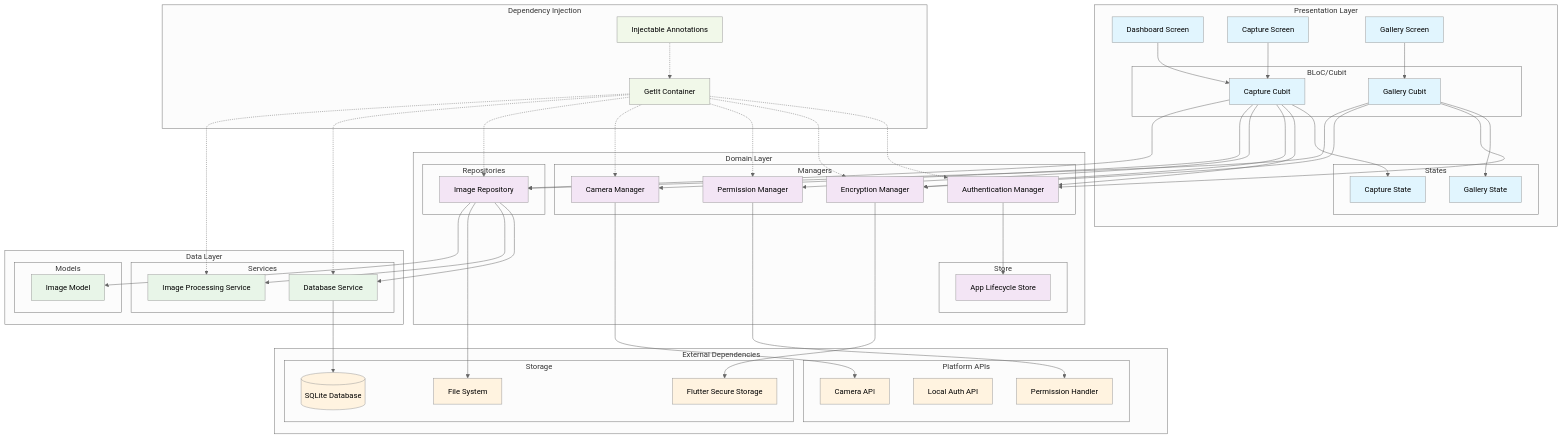
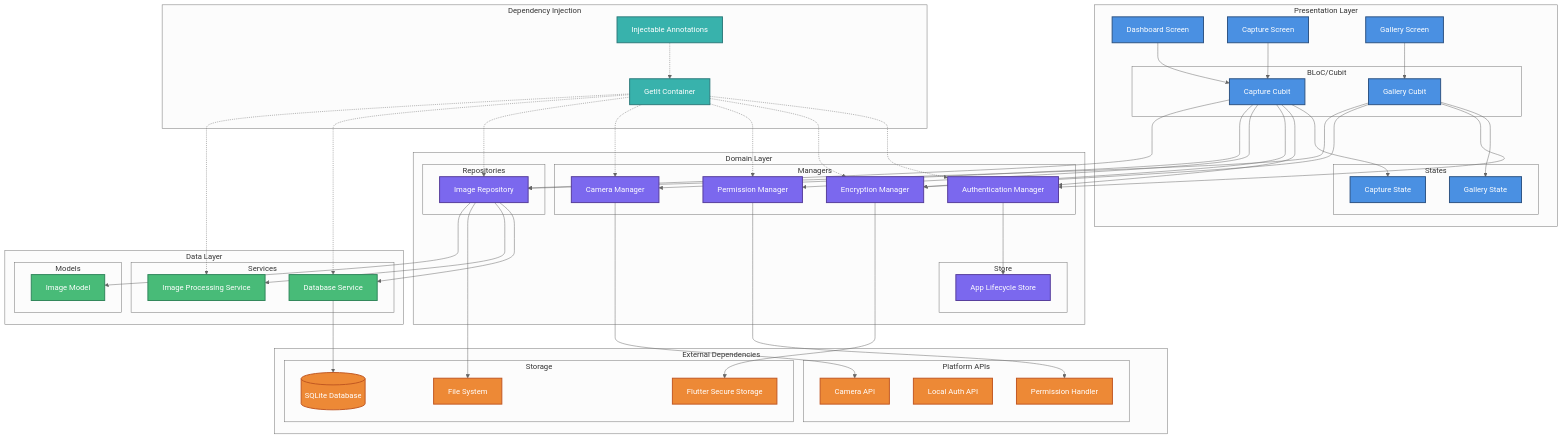
The first of 3 diagrams in BRIEF.md (semsturgut/securecapture), drawn with Mermaid (neutral theme) before and after one commit. The commit also changed other lines of this file, not shown here.

First line of the commit message:
Update BRIEF.md with enhanced styling for architectural diagrams and added links to high-resolution images

```diff
--- a/BRIEF.md
+++ b/BRIEF.md
@@ -119,11 +119,11 @@
     Injectable -.-> GetIt
     
     %% Styling
-    classDef uiLayer fill:#e1f5fe
-    classDef domainLayer fill:#f3e5f5
-    classDef dataLayer fill:#e8f5e8
-    classDef externalLayer fill:#fff3e0
-    classDef diLayer fill:#f1f8e9
+    classDef uiLayer fill:#4a90e2,stroke:#2c5282,stroke-width:2px,color:#fff
+    classDef domainLayer fill:#7b68ee,stroke:#553c9a,stroke-width:2px,color:#fff
+    classDef dataLayer fill:#48bb78,stroke:#2f855a,stroke-width:2px,color:#fff
+    classDef externalLayer fill:#ed8936,stroke:#c05621,stroke-width:2px,color:#fff
+    classDef diLayer fill:#38b2ac,stroke:#2c7a7b,stroke-width:2px,color:#fff
     
     class DS,CS,GS,CC,GC,CST,GST uiLayer
     class AM,EM,PM,CM,IR,ALS domainLayer
```
